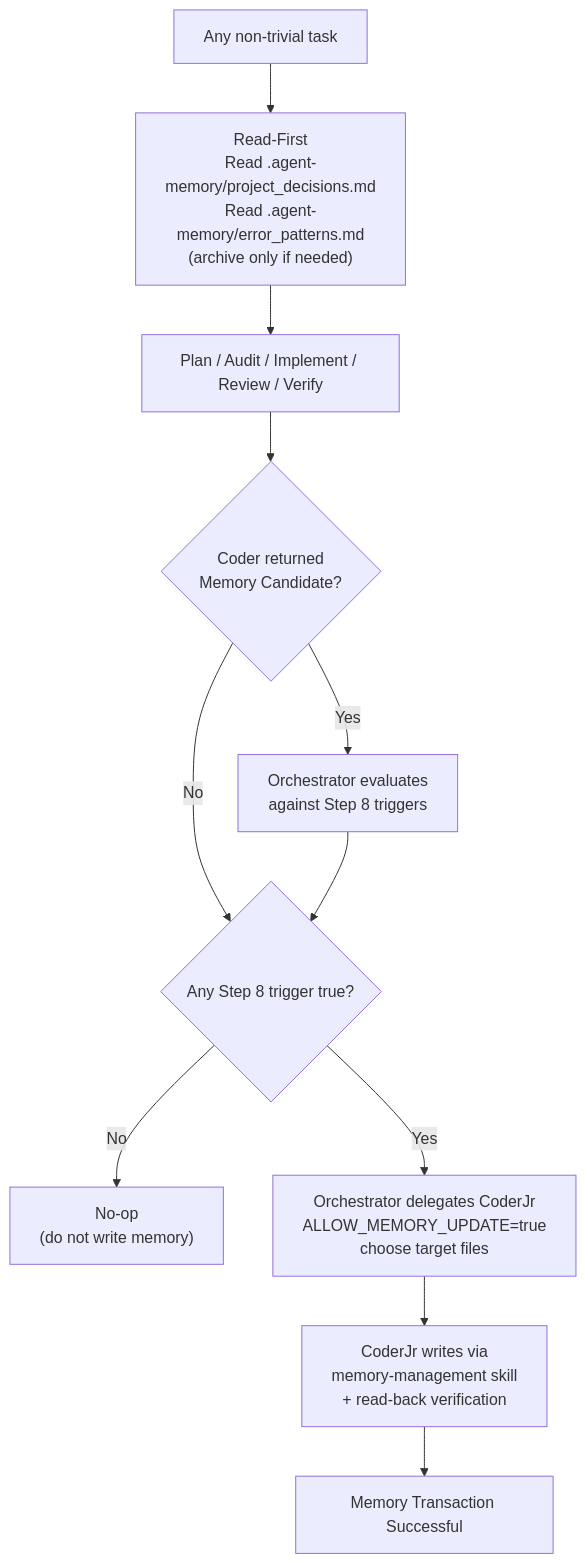
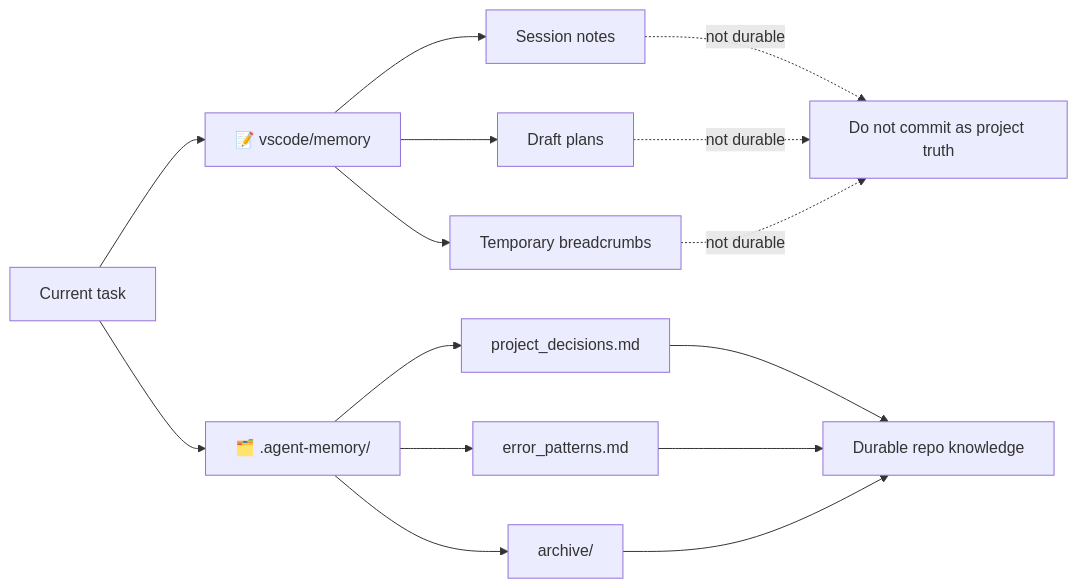
Before and after one commit to annguyen209/copilot-agentic-workflows: the third of 3 diagrams in README.md, drawn with Mermaid. The commit also changed other lines of this file, not shown here.

Commit message:
feat: Revise README for clarity and structure, enhancing agent workflow descriptions and repository layout

````diff
--- a/README.md
+++ b/README.md
@@ -190,17 +326,21 @@
 ```mermaid
-flowchart TD
-    START["Any non-trivial task"] --> READ["Read-First<br/>Read .agent-memory/project_decisions.md<br/>Read .agent-memory/error_patterns.md<br/>(archive only if needed)"]
+flowchart LR
+    WORK["Current task"] --> VM["📝 vscode/memory"]
+    WORK --> DM["🗂️ .agent-memory/"]
 
-    READ --> WORK["Plan / Audit / Implement / Review / Verify"]
+    VM --> V1["Session notes"]
+    VM --> V2["Draft plans"]
+    VM --> V3["Temporary breadcrumbs"]
 
-    WORK --> CAND{"Coder returned<br/>Memory Candidate?"}
-    CAND -- "Yes" --> EVAL["Orchestrator evaluates<br/>against Step 8 triggers"]
-    CAND -- "No" --> TRIG{"Any Step 8 trigger true?"}
+    DM --> D1["project_decisions.md"]
+    DM --> D2["error_patterns.md"]
+    DM --> D3["archive/"]
 
-    EVAL --> TRIG
+    V1 -. "not durable" .-> X1["Do not commit as project truth"]
+    V2 -. "not durable" .-> X1
+    V3 -. "not durable" .-> X1
 
-    TRIG -- "No" --> SKIP["No-op<br/>(do not write memory)"]
-    TRIG -- "Yes" --> AUTH["Orchestrator delegates CoderJr<br/>ALLOW_MEMORY_UPDATE=true<br/>choose target files"]
-    AUTH --> TX["CoderJr writes via<br/>memory-management skill<br/>+ read-back verification"]
-    TX --> OK["Memory Transaction Successful"]
+    D1 --> Y["Durable repo knowledge"]
+    D2 --> Y
+    D3 --> Y
 ```
````
